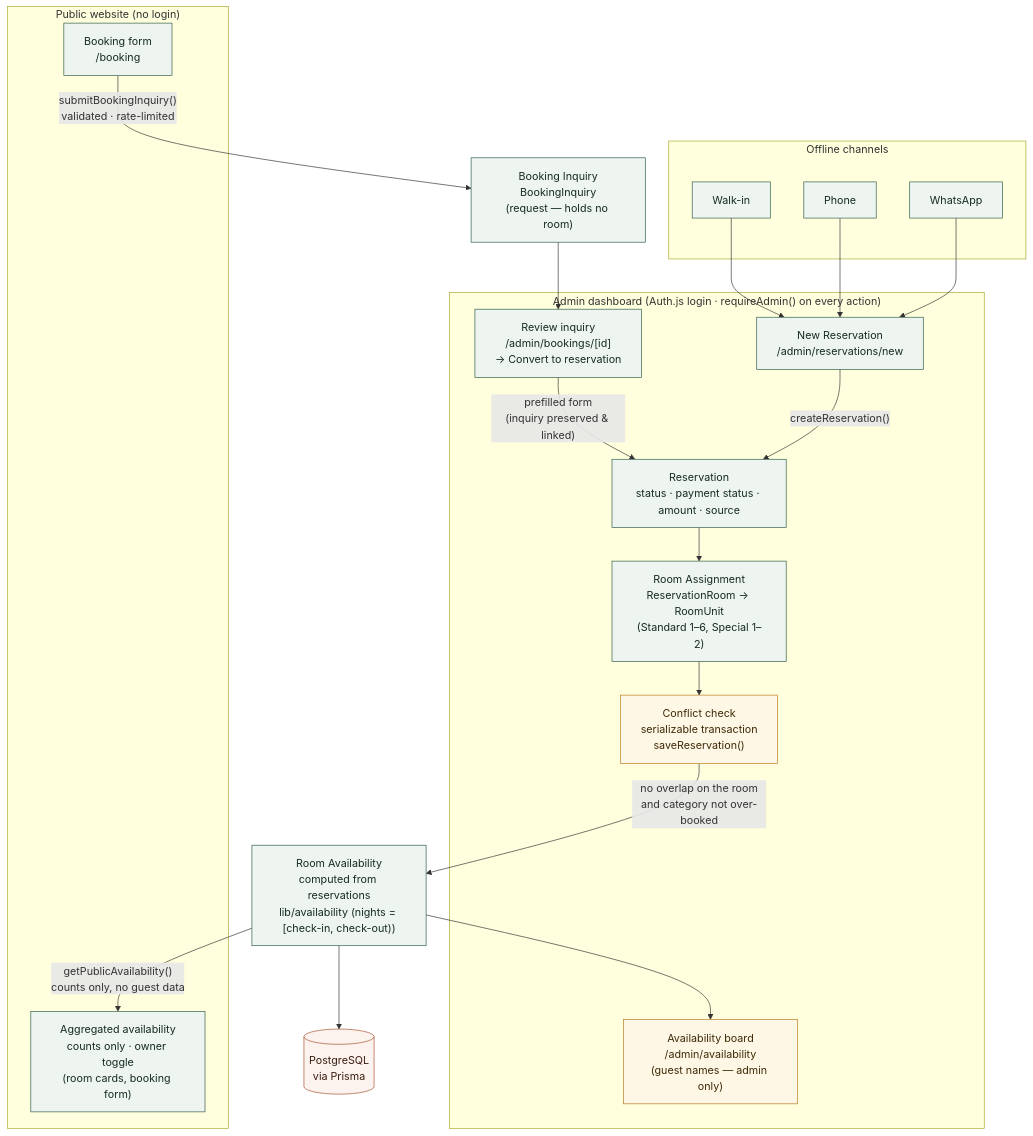
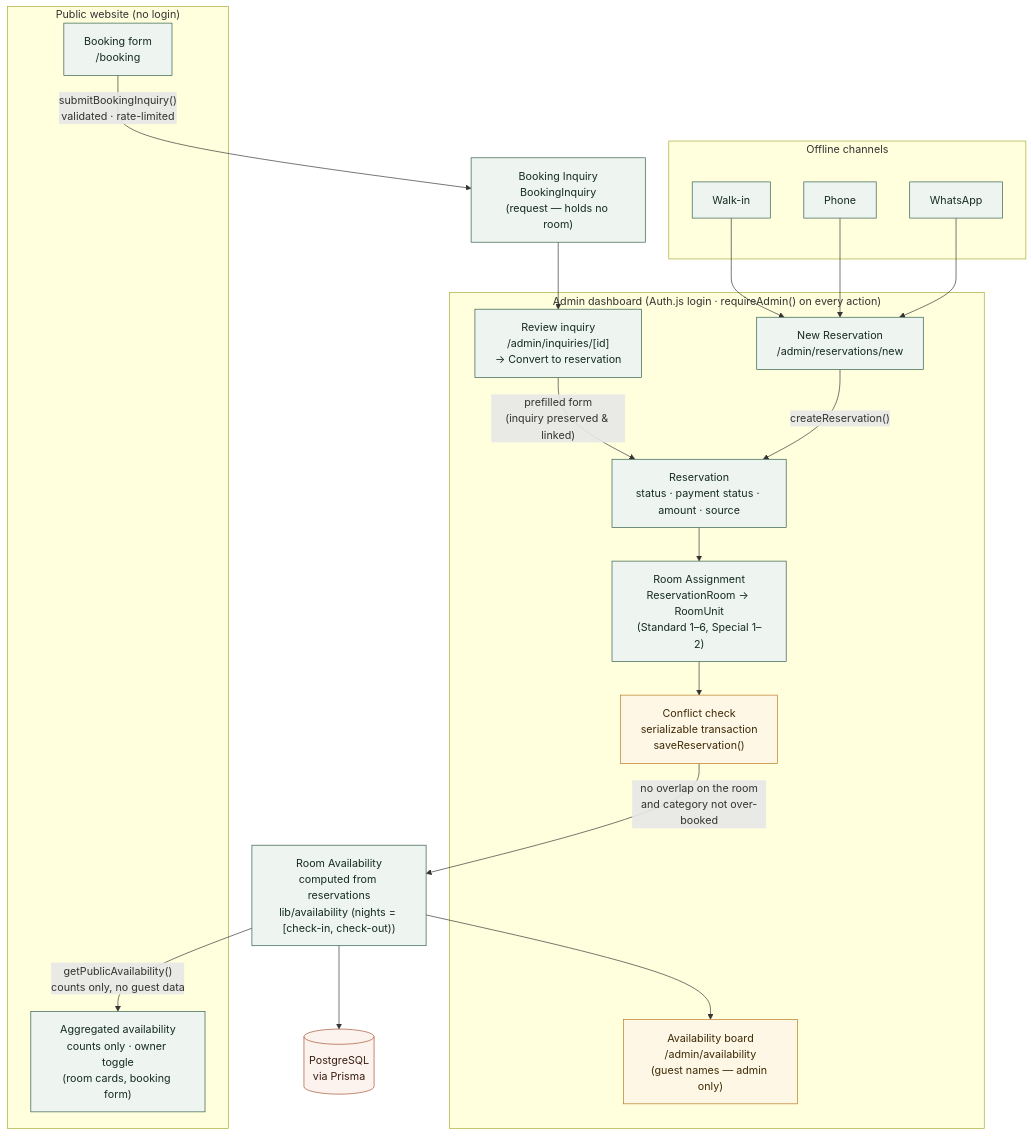
Before and after one commit to nurbu-sherpa/lama-hotel: the first of 4 diagrams in docs/architecture/ARCHITECTURE.md, drawn with Mermaid. The commit also changed other lines of this file and 26 other files, not shown here.

Commit message:
Rename bookings route to inquiries, unify status badges, add guest email and schema tests

````diff
--- a/docs/architecture/ARCHITECTURE.md
+++ b/docs/architecture/ARCHITECTURE.md
@@ -12,46 +12,46 @@
 ```mermaid
 flowchart TB
   classDef impl fill:#eef4f0,stroke:#2f5c46,color:#152b22
   classDef store fill:#fcf3ee,stroke:#a65230,color:#3a1d10
   classDef priv fill:#fff7e6,stroke:#b7791f,color:#3d2a06
   classDef future fill:#f5f5f4,stroke:#a8a29e,color:#78716c,stroke-dasharray:5 4
 
   subgraph PUBLIC["Public website (no login)"]
     WEB["Booking form<br/>/booking"]:::impl
     PAV["Aggregated availability<br/>counts only · owner toggle<br/>(room cards, booking form)"]:::impl
   end
 
   subgraph OFFLINE["Offline channels"]
     WALK["Walk-in"]:::impl
     PHONE["Phone"]:::impl
     WA["WhatsApp"]:::impl
   end
 
   INQ["Booking Inquiry<br/>BookingInquiry<br/>(request — holds no room)"]:::impl
 
   subgraph ADMIN["Admin dashboard (Auth.js login · requireAdmin() on every action)"]
-    REVIEW["Review inquiry<br/>/admin/bookings/[id]<br/>→ Convert to reservation"]:::impl
+    REVIEW["Review inquiry<br/>/admin/inquiries/[id]<br/>→ Convert to reservation"]:::impl
     NEW["New Reservation<br/>/admin/reservations/new"]:::impl
     RES["Reservation<br/>status · payment status · amount · source"]:::impl
     ASSIGN["Room Assignment<br/>ReservationRoom → RoomUnit<br/>(Standard 1–6, Special 1–2)"]:::impl
     CHECK["Conflict check<br/>serializable transaction<br/>saveReservation()"]:::priv
     BOARD["Availability board<br/>/admin/availability<br/>(guest names — admin only)"]:::priv
   end
 
   AVAIL["Room Availability<br/>computed from reservations<br/>lib/availability (nights = [check-in, check-out))"]:::impl
   DB[("PostgreSQL<br/>via Prisma")]:::store
 
   WEB -->|"submitBookingInquiry()<br/>validated · rate-limited"| INQ
   INQ --> REVIEW
   REVIEW -->|"prefilled form<br/>(inquiry preserved & linked)"| RES
   WALK --> NEW
   PHONE --> NEW
   WA --> NEW
   NEW -->|"createReservation()"| RES
   RES --> ASSIGN
   ASSIGN --> CHECK
   CHECK -->|"no overlap on the room<br/>and category not over-booked"| AVAIL
   AVAIL --> DB
   AVAIL --> BOARD
   AVAIL -->|"getPublicAvailability()<br/>counts only, no guest data"| PAV
 ```
````
